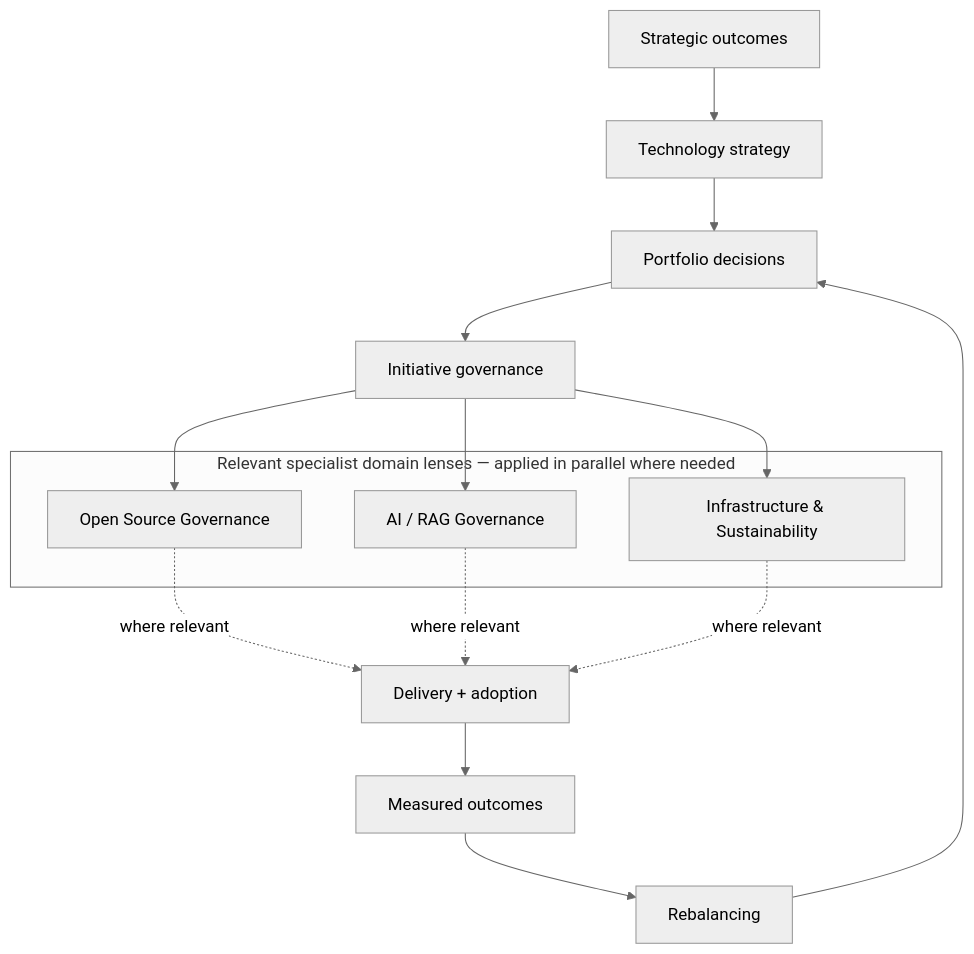
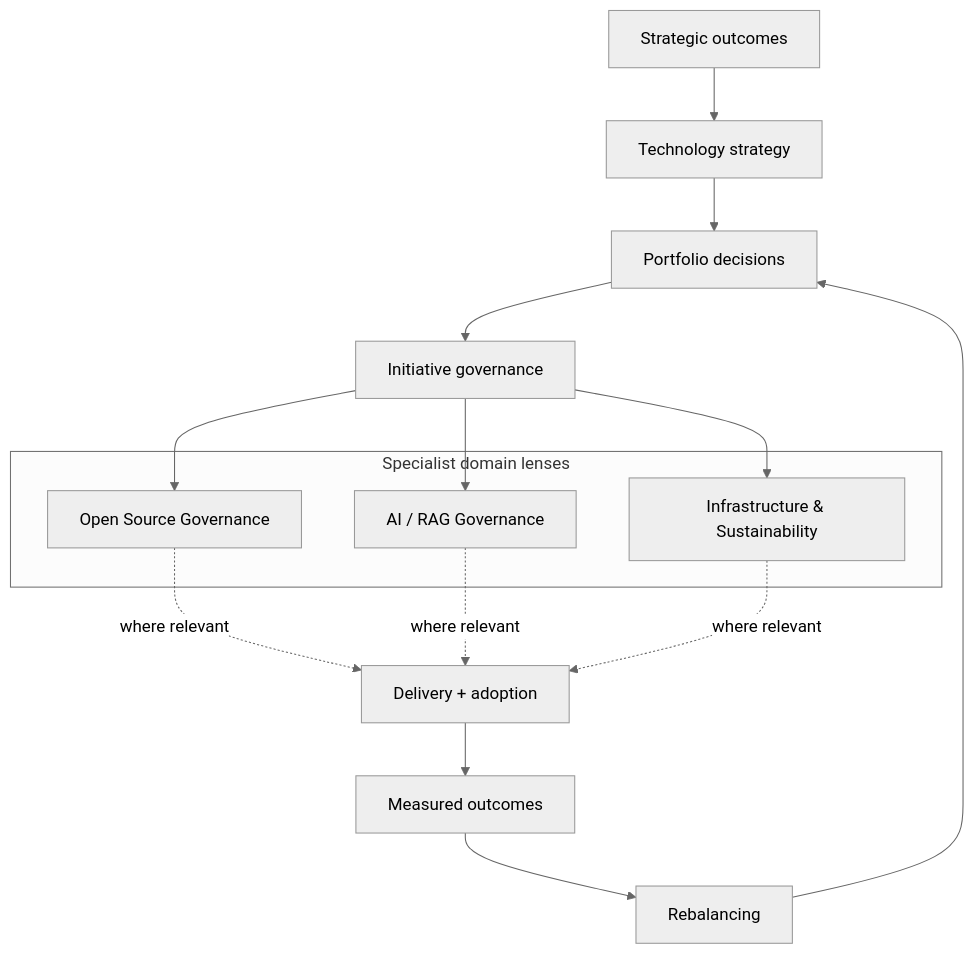
Before and after one commit to A13xandr0/A13xandr0: the second of 3 diagrams in README.md, drawn with Mermaid (neutral theme).

Commit message:
Prevent overlap in specialist-domain Mermaid diagram
* Shorten Mermaid subgraph label to prevent overlap

* Keep Mermaid subgraph title on one line

````diff
--- a/README.md
+++ b/README.md
@@ -95,20 +95,20 @@
 ```mermaid
 flowchart TD
     A["Strategic outcomes"] --> B["Technology strategy"]
     B --> C["Portfolio decisions"]
     C --> D["Initiative governance"]
-    subgraph Domains["Relevant specialist domain lenses — applied in parallel where needed"]
+    subgraph Domains["Specialist domain lenses"]
         E["Open Source Governance"]
         F["AI / RAG Governance"]
         G["Infrastructure & Sustainability"]
     end
     D --> E
     D --> F
     D --> G
     E -. "where relevant" .-> H["Delivery + adoption"]
     F -. "where relevant" .-> H
     G -. "where relevant" .-> H
     H --> I["Measured outcomes"]
     I --> J["Rebalancing"]
     J --> C
 ```
````
